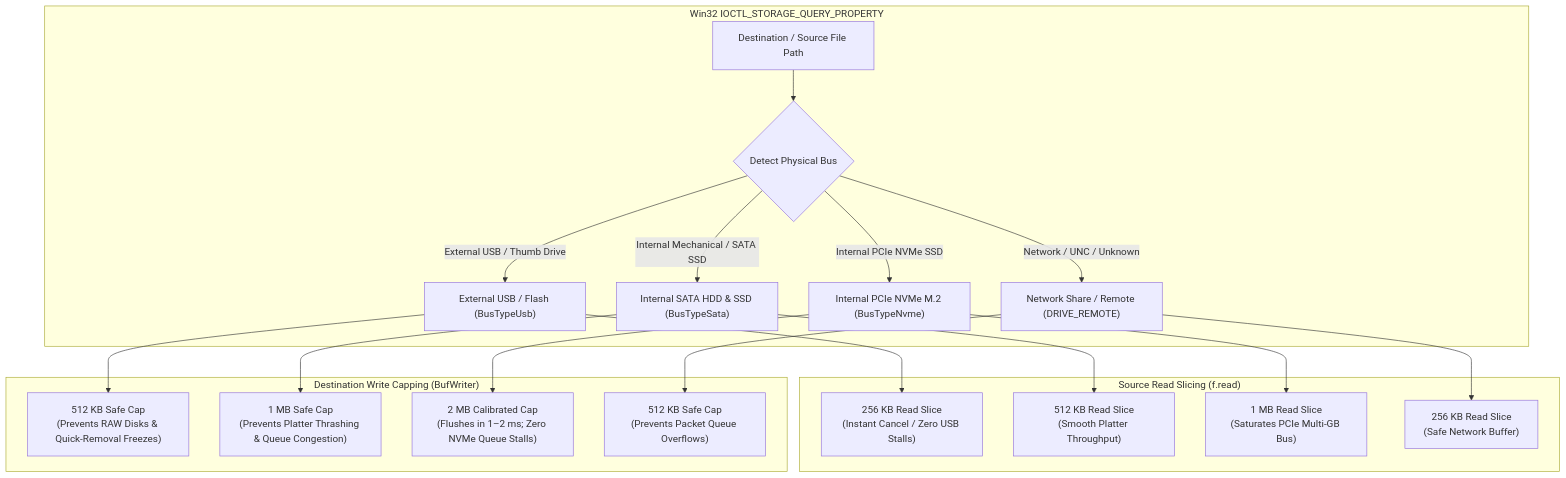
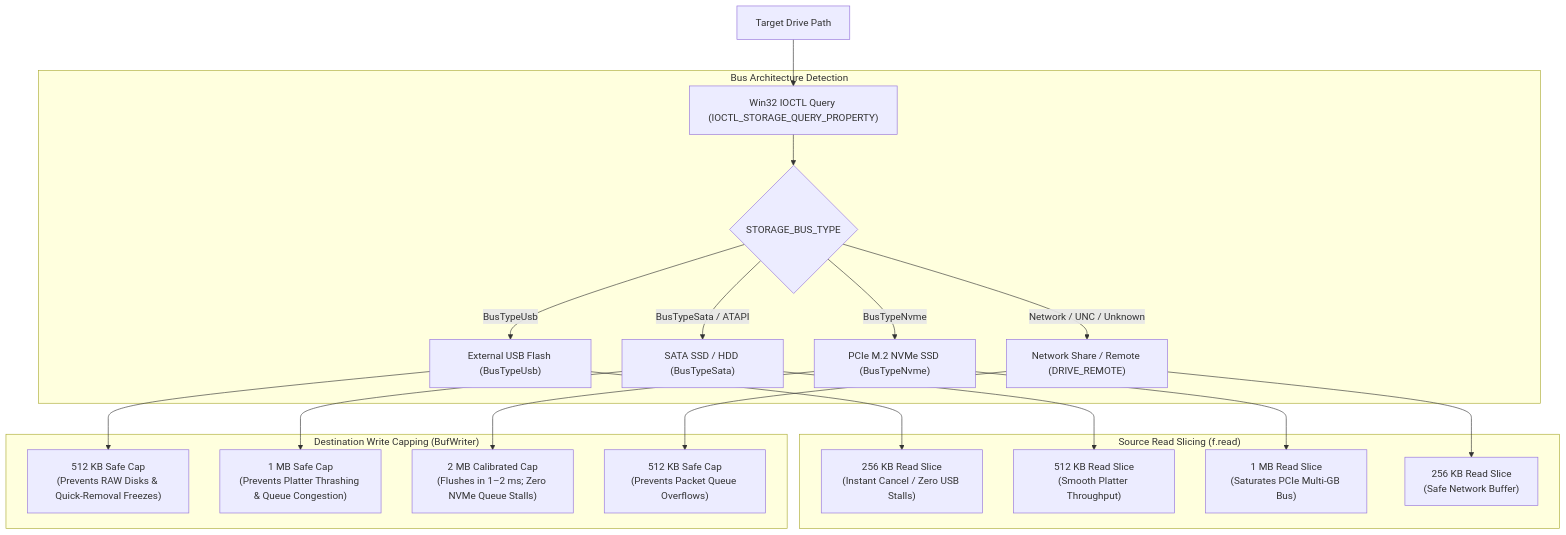
The diagram in README.md (Baymax005/Bayzip), drawn with Mermaid before and after one commit. The commit also changed other lines of this file and 1 other file, not shown here.

Commit message:
docs: modernize README with showcase badges, architecture tables & MIT license

````diff
--- a/README.md
+++ b/README.md
@@ -193,24 +106,26 @@
 ```mermaid
-graph TD
-    subgraph Storage Detection ["Win32 IOCTL_STORAGE_QUERY_PROPERTY"]
-        Target["Destination / Source File Path"] --> Detect{"Detect Physical Bus"}
-        Detect -->|External USB / Thumb Drive| USB["External USB / Flash (BusTypeUsb)"]
-        Detect -->|Internal Mechanical / SATA SSD| SATA["Internal SATA HDD & SSD (BusTypeSata)"]
-        Detect -->|Internal PCIe NVMe SSD| NVME["Internal PCIe NVMe M.2 (BusTypeNvme)"]
+flowchart TD
+    Drive[Target Drive Path] --> Query["Win32 IOCTL Query (IOCTL_STORAGE_QUERY_PROPERTY)"]
+    
+    subgraph Bus Detection ["Bus Architecture Detection"]
+        Query --> Detect{STORAGE_BUS_TYPE}
+        Detect -->|BusTypeUsb| USB["External USB Flash (BusTypeUsb)"]
+        Detect -->|BusTypeSata / ATAPI| SATA["SATA SSD / HDD (BusTypeSata)"]
+        Detect -->|BusTypeNvme| NVME["PCIe M.2 NVMe SSD (BusTypeNvme)"]
         Detect -->|Network / UNC / Unknown| NET["Network Share / Remote (DRIVE_REMOTE)"]
     end
 
     subgraph Read Slicing ["Source Read Slicing (f.read)"]
         USB --> R_USB["256 KB Read Slice<br/>(Instant Cancel / Zero USB Stalls)"]
         SATA --> R_SATA["512 KB Read Slice<br/>(Smooth Platter Throughput)"]
         NVME --> R_NVME["1 MB Read Slice<br/>(Saturates PCIe Multi-GB Bus)"]
         NET --> R_NET["256 KB Read Slice<br/>(Safe Network Buffer)"]
     end
 
     subgraph Safe Buffer Capping ["Destination Write Capping (BufWriter)"]
         USB --> W_USB["512 KB Safe Cap<br/>(Prevents RAW Disks & Quick-Removal Freezes)"]
         SATA --> W_SATA["1 MB Safe Cap<br/>(Prevents Platter Thrashing & Queue Congestion)"]
         NVME --> W_NVME["2 MB Calibrated Cap<br/>(Flushes in 1–2 ms; Zero NVMe Queue Stalls)"]
         NET --> W_NET["512 KB Safe Cap<br/>(Prevents Packet Queue Overflows)"]
     end
 ```
````
